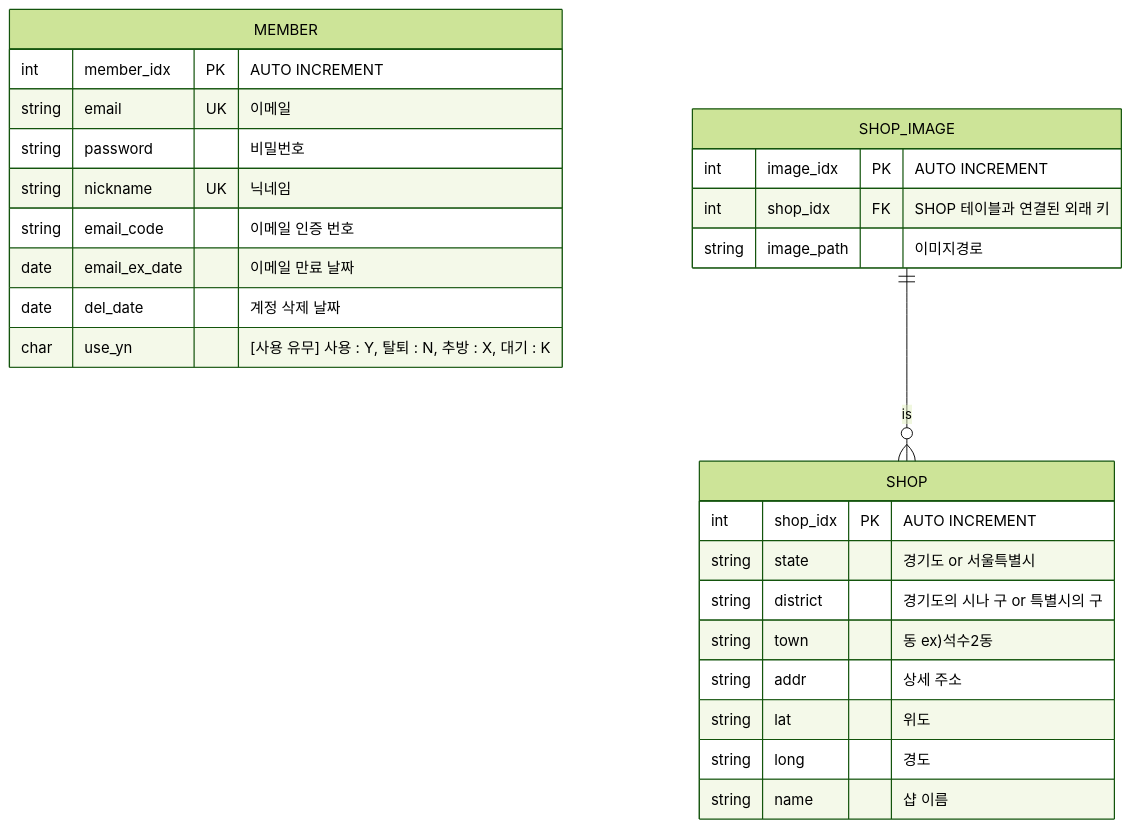
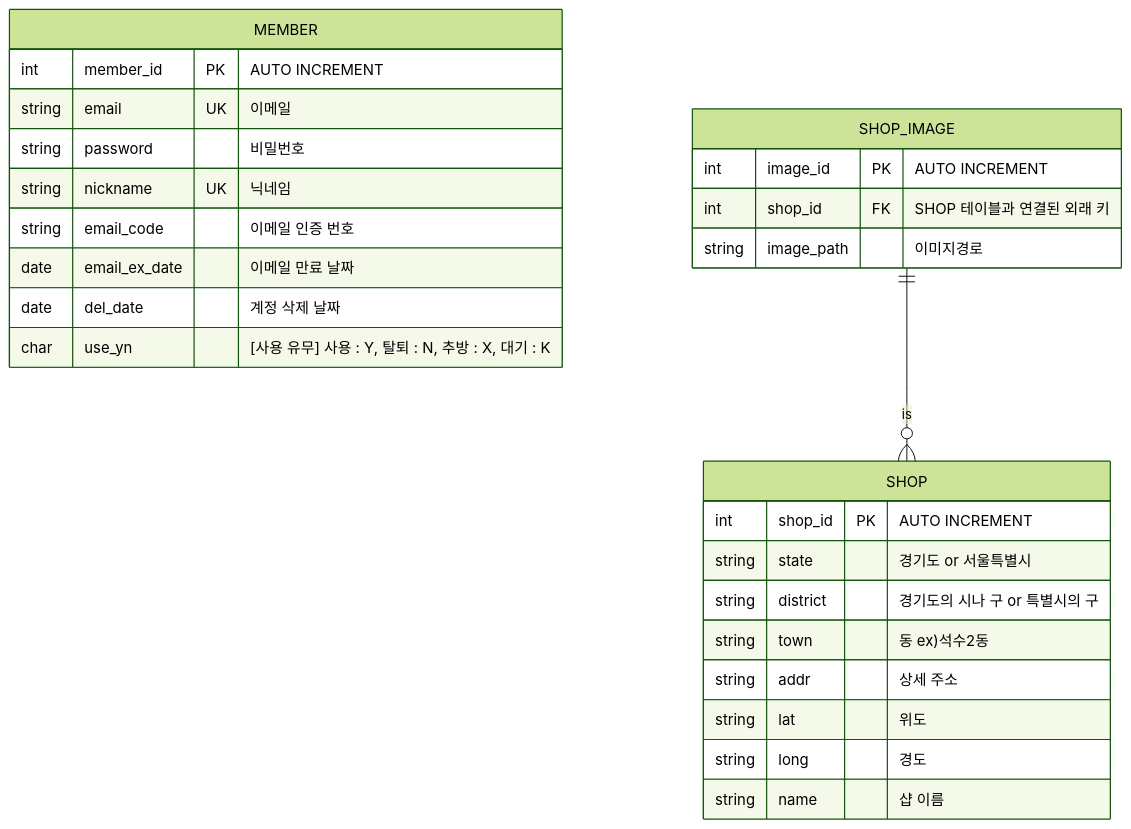
One commit to kimyezzang97/NewVintly changed the diagram in mermaid/erd.md. Above: the diagram before and after it, drawn with Mermaid (forest theme).

````diff
--- a/mermaid/erd.md
+++ b/mermaid/erd.md
@@ -1,30 +1,30 @@
 ```mermaid
 erDiagram
     MEMBER {
-        int member_idx PK "AUTO INCREMENT"
+        int member_id PK "AUTO INCREMENT"
         string email UK "이메일"
         string password "비밀번호"
         string nickname UK "닉네임"
         string email_code "이메일 인증 번호"
         date email_ex_date "이메일 만료 날짜"
         date del_date "계정 삭제 날짜"
         char use_yn "[사용 유무] 사용 : Y, 탈퇴 : N, 추방 : X, 대기 : K"
     }
     
     SHOP {
-        int shop_idx PK "AUTO INCREMENT"
+        int shop_id PK "AUTO INCREMENT"
         string state "경기도 or 서울특별시"
         string district "경기도의 시나 구 or 특별시의 구"
         string town "동 ex)석수2동"
         string addr "상세 주소"
         string lat "위도"
         string long "경도"
         string name "샵 이름"
     }
     SHOP_IMAGE ||--o{ SHOP : is
     SHOP_IMAGE {
-        int image_idx PK  "AUTO INCREMENT"
-        int shop_idx FK "SHOP 테이블과 연결된 외래 키"
+        int image_id PK  "AUTO INCREMENT"
+        int shop_id FK "SHOP 테이블과 연결된 외래 키"
         string image_path "이미지경로"
     }
 ```
````
